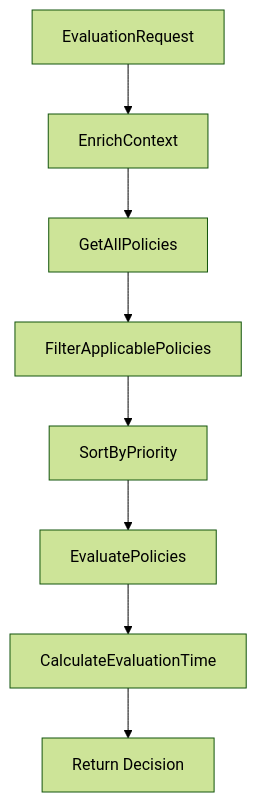
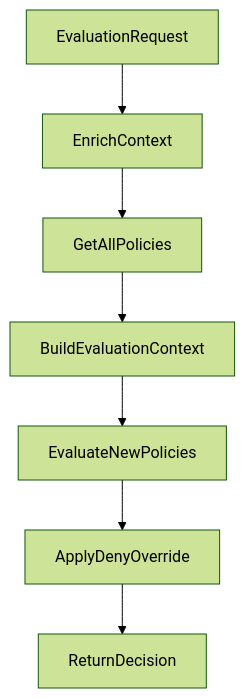
The diagram in evaluator/README.md (dotrongnhan/abac-gogo), drawn with Mermaid (forest theme) before and after one commit. The commit also changed other lines of this file and 6 other files, not shown here.

````diff
--- a/evaluator/README.md
+++ b/evaluator/README.md
@@ -51,10 +107,9 @@
 ```mermaid
 graph TD
     A[EvaluationRequest] --> B[EnrichContext]
     B --> C[GetAllPolicies]
-    C --> D[FilterApplicablePolicies]
-    D --> E[SortByPriority]
-    E --> F[EvaluatePolicies]
-    F --> G[CalculateEvaluationTime]
-    G --> H[Return Decision]
+    C --> D[BuildEvaluationContext]
+    D --> E[EvaluateNewPolicies]
+    E --> F[ApplyDenyOverride]
+    F --> G[ReturnDecision]
 ```
````
